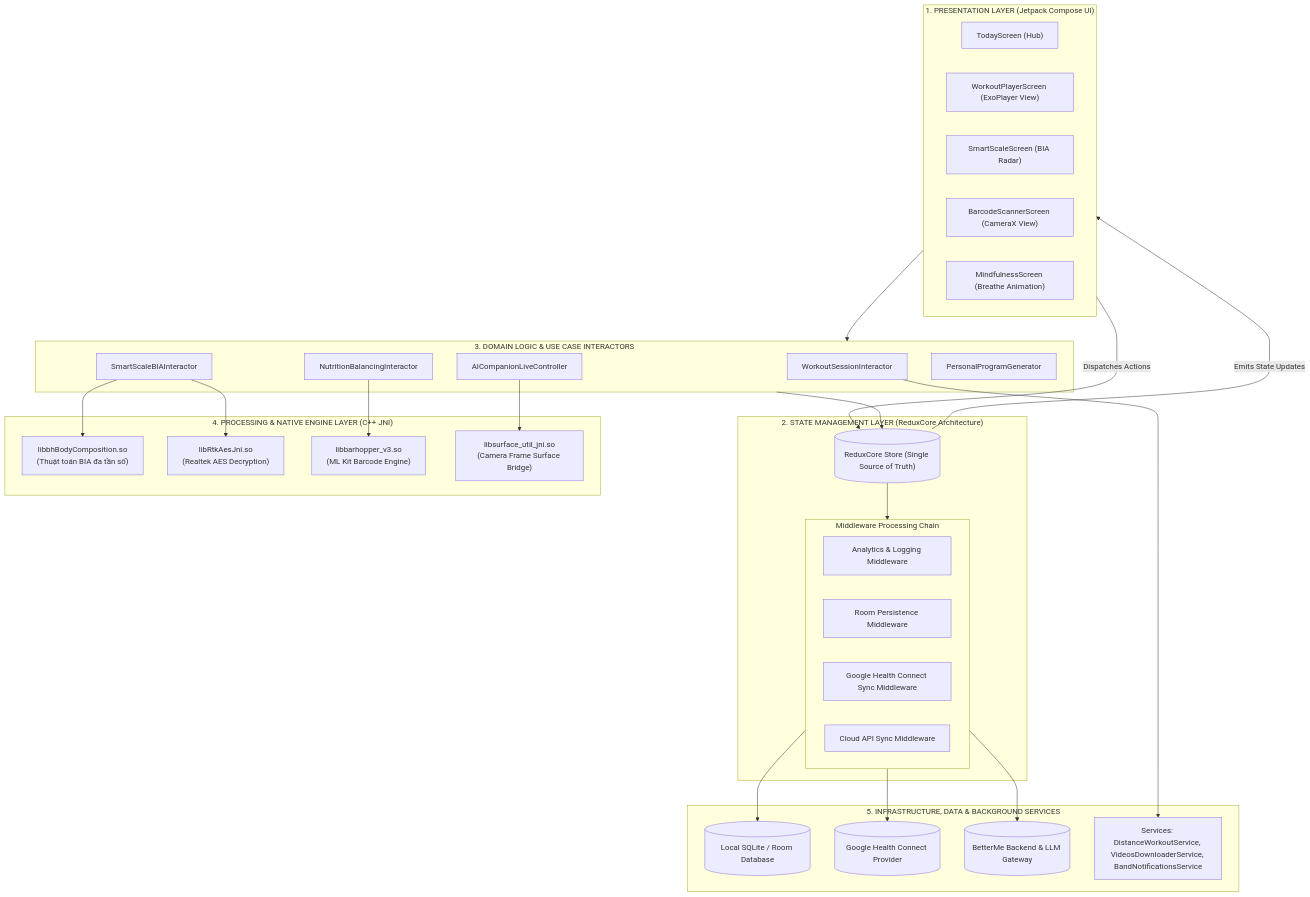
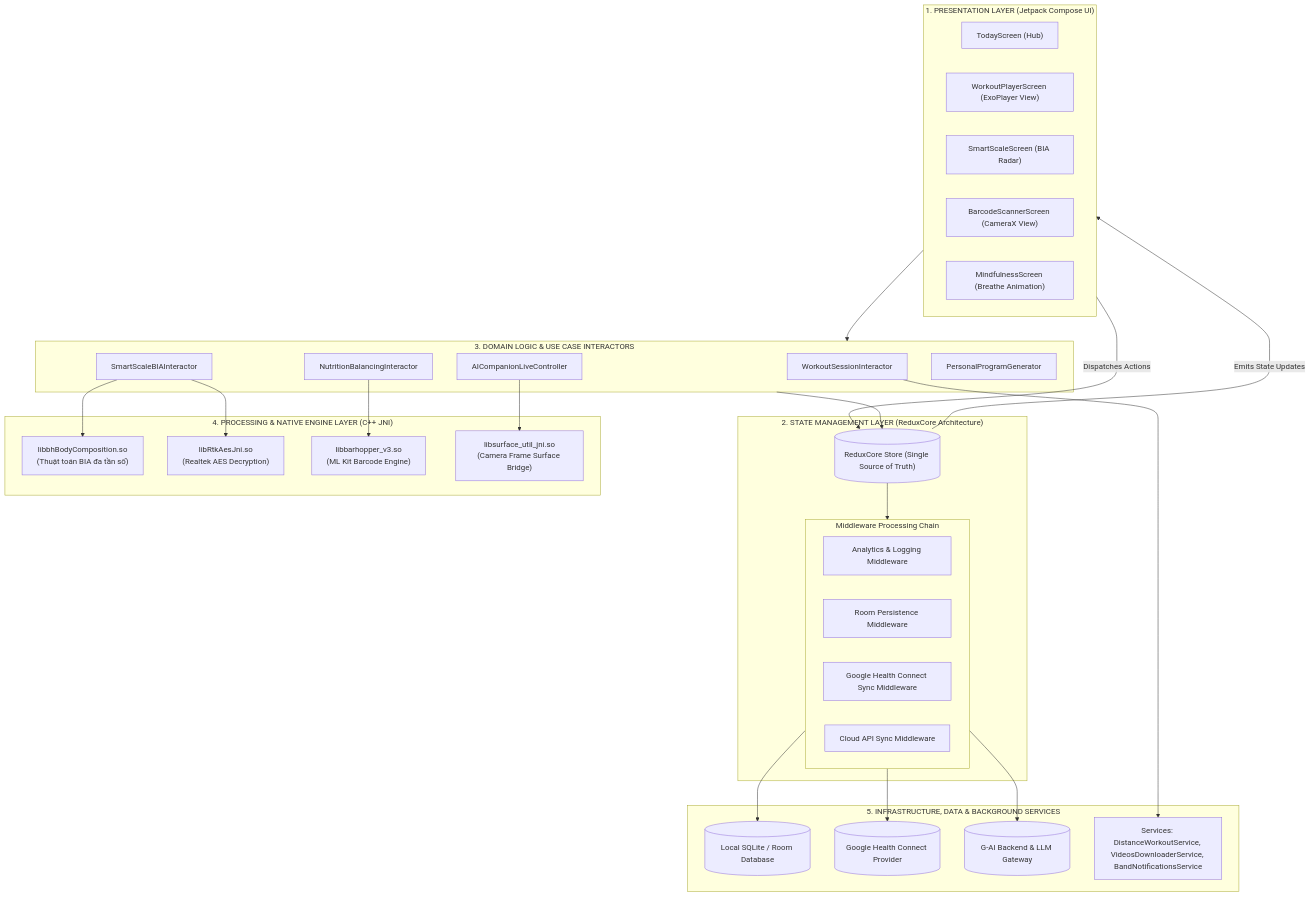
Before and after one commit to mh4ns/G-AI: the first of 4 diagrams in docs/DETAILED_SYSTEM_DESIGN.md, drawn with Mermaid. The commit also changed other lines of this file and 13 other files, not shown here.

Commit message:
refactor: rename all product branding from BetterMe to G-AI across web, backend, mobile and docs

````diff
--- a/docs/DETAILED_SYSTEM_DESIGN.md
+++ b/docs/DETAILED_SYSTEM_DESIGN.md
@@ -134,59 +134,59 @@
 ```mermaid
 flowchart TD
     subgraph UI_LAYER ["1. PRESENTATION LAYER (Jetpack Compose UI)"]
         TodayUI["TodayScreen (Hub)"]
         WorkoutUI["WorkoutPlayerScreen (ExoPlayer View)"]
         ScaleUI["SmartScaleScreen (BIA Radar)"]
         FoodUI["BarcodeScannerScreen (CameraX View)"]
         MindUI["MindfulnessScreen (Breathe Animation)"]
     end
 
     subgraph STATE_LAYER ["2. STATE MANAGEMENT LAYER (ReduxCore Architecture)"]
         ReduxStore[("ReduxCore Store (Single Source of Truth)")]
         subgraph MIDDLEWARES ["Middleware Processing Chain"]
             AnalyticsMW["Analytics & Logging Middleware"]
             PersistenceMW["Room Persistence Middleware"]
             HealthConnectMW["Google Health Connect Sync Middleware"]
             NetworkSyncMW["Cloud API Sync Middleware"]
         end
     end
 
     subgraph DOMAIN_LAYER ["3. DOMAIN LOGIC & USE CASE INTERACTORS"]
         UC_Workout["WorkoutSessionInteractor"]
         UC_AICompanion["AICompanionLiveController"]
         UC_Scale["SmartScaleBIAInteractor"]
         UC_Nutrition["NutritionBalancingInteractor"]
         UC_Program["PersonalProgramGenerator"]
     end
 
     subgraph NATIVE_LAYER ["4. PROCESSING & NATIVE ENGINE LAYER (C++ JNI)"]
         Native_BIA["libbhBodyComposition.so<br/>(Thuật toán BIA đa tần số)"]
         Native_AES["libRtkAesJni.so<br/>(Realtek AES Decryption)"]
         Native_Barcode["libbarhopper_v3.so<br/>(ML Kit Barcode Engine)"]
         Native_Pose["libsurface_util_jni.so<br/>(Camera Frame Surface Bridge)"]
     end
 
     subgraph INFRA_LAYER ["5. INFRASTRUCTURE, DATA & BACKGROUND SERVICES"]
         RoomDB[("Local SQLite / Room Database")]
         HealthConnect[("Google Health Connect Provider")]
-        CloudAPI[("BetterMe Backend & LLM Gateway")]
+        CloudAPI[("G-AI Backend & LLM Gateway")]
         BgServices["Services: DistanceWorkoutService, VideosDownloaderService, BandNotificationsService"]
     end
 
     UI_LAYER -- "Dispatches Actions" --> ReduxStore
     ReduxStore -- "Emits State Updates" --> UI_LAYER
 
     ReduxStore --> MIDDLEWARES
     MIDDLEWARES --> RoomDB
     MIDDLEWARES --> HealthConnect
     MIDDLEWARES --> CloudAPI
 
     DOMAIN_LAYER --> ReduxStore
     UI_LAYER --> DOMAIN_LAYER
 
     UC_Scale --> Native_AES
     UC_Scale --> Native_BIA
     UC_Nutrition --> Native_Barcode
     UC_AICompanion --> Native_Pose
     UC_Workout --> BgServices
 ```
````
